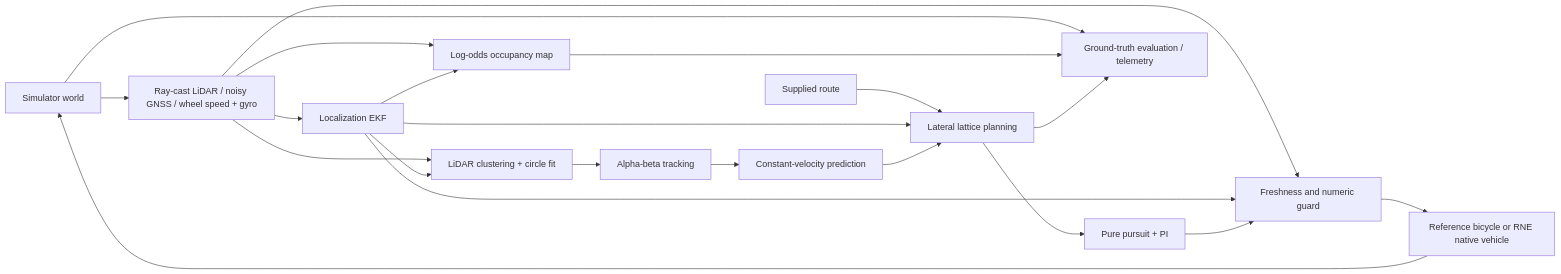
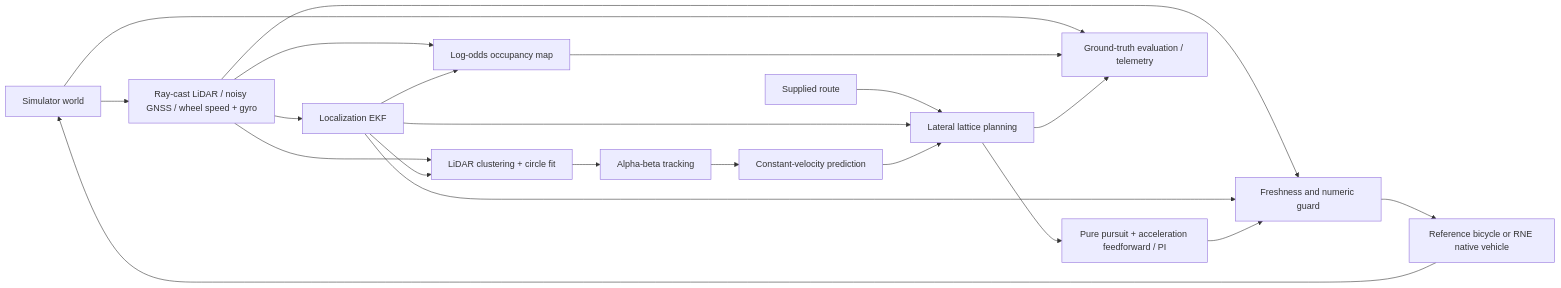
One commit to rsasaki0109/rust_drive changed the diagram in docs/architecture.md. Above: the diagram before and after it, drawn with Mermaid. The commit also changed other lines of this file and 27 other files, not shown here.

````diff
--- a/docs/architecture.md
+++ b/docs/architecture.md
@@ -9,23 +9,23 @@
 ```mermaid
 flowchart LR
   W[Simulator world] --> S[Ray-cast LiDAR / noisy GNSS / wheel speed + gyro]
   S --> L[Localization EKF]
   S --> P[LiDAR clustering + circle fit]
   L --> P
   P --> T[Alpha-beta tracking]
   T --> F[Constant-velocity prediction]
   S --> M[Log-odds occupancy map]
   L --> M
   R[Supplied route] --> A[Lateral lattice planning]
   L --> A
   F --> A
-  A --> C[Pure pursuit + PI]
+  A --> C[Pure pursuit + acceleration feedforward / PI]
   S --> G[Freshness and numeric guard]
   L --> G
   C --> G
   G --> B[Reference bicycle or RNE native vehicle]
   B --> W
   W --> E[Ground-truth evaluation / telemetry]
   M --> E
   A --> E
 ```
````
